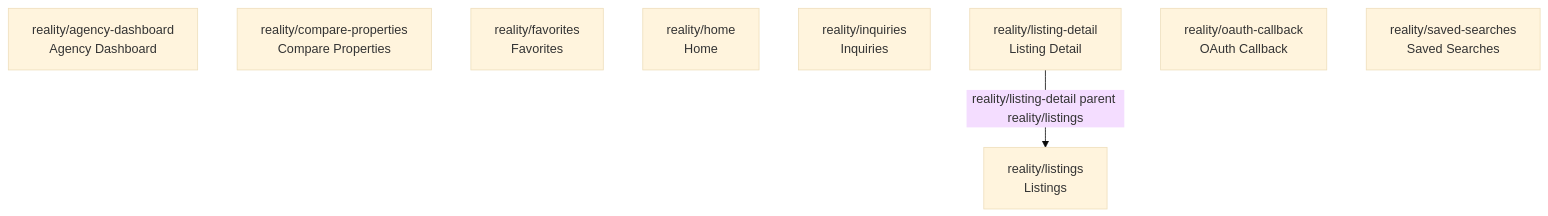
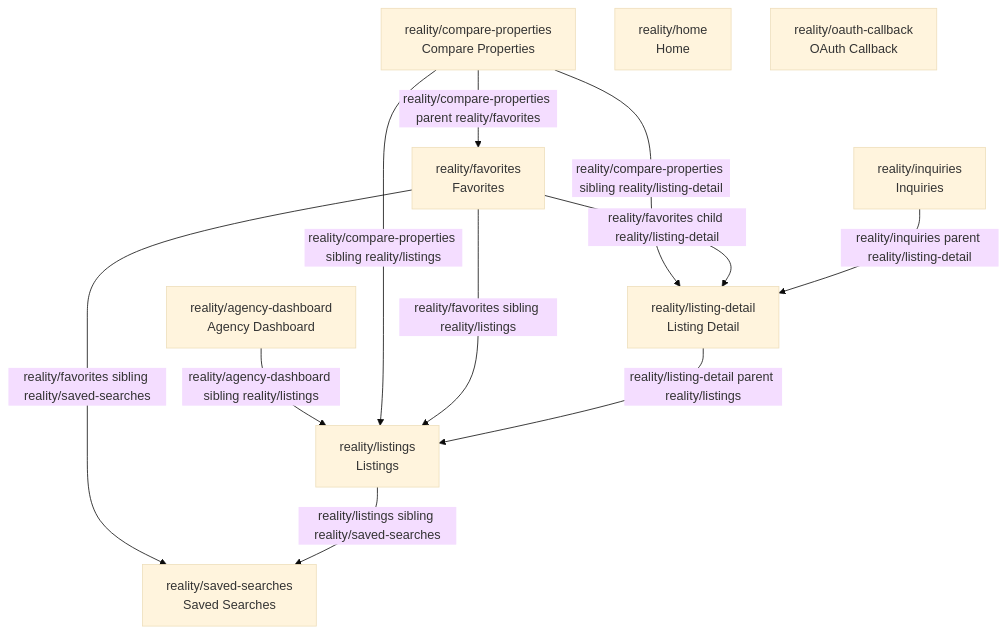
One commit to martin-janci/property-management changed the diagram in docs/screens/_diagrams/reality-site-graph.mmd. Above: the diagram before and after it, drawn with Mermaid (base theme). The commit also changed 18 other files, not shown here.

```diff
--- a/docs/screens/_diagrams/reality-site-graph.mmd
+++ b/docs/screens/_diagrams/reality-site-graph.mmd
@@ -1,11 +1,20 @@
 graph TD
   reality__agency-dashboard["reality/agency-dashboard<br/>Agency Dashboard"]
   reality__compare-properties["reality/compare-properties<br/>Compare Properties"]
   reality__favorites["reality/favorites<br/>Favorites"]
   reality__home["reality/home<br/>Home"]
   reality__inquiries["reality/inquiries<br/>Inquiries"]
   reality__listing-detail["reality/listing-detail<br/>Listing Detail"]
   reality__listings["reality/listings<br/>Listings"]
   reality__oauth-callback["reality/oauth-callback<br/>OAuth Callback"]
   reality__saved-searches["reality/saved-searches<br/>Saved Searches"]
+  reality__agency-dashboard -- "reality/agency-dashboard sibling reality/listings" --> reality__listings
+  reality__compare-properties -- "reality/compare-properties parent reality/favorites" --> reality__favorites
+  reality__compare-properties -- "reality/compare-properties sibling reality/listings" --> reality__listings
+  reality__compare-properties -- "reality/compare-properties sibling reality/listing-detail" --> reality__listing-detail
+  reality__favorites -- "reality/favorites sibling reality/listings" --> reality__listings
+  reality__favorites -- "reality/favorites child reality/listing-detail" --> reality__listing-detail
+  reality__favorites -- "reality/favorites sibling reality/saved-searches" --> reality__saved-searches
+  reality__inquiries -- "reality/inquiries parent reality/listing-detail" --> reality__listing-detail
   reality__listing-detail -- "reality/listing-detail parent reality/listings" --> reality__listings
+  reality__listings -- "reality/listings sibling reality/saved-searches" --> reality__saved-searches
```
